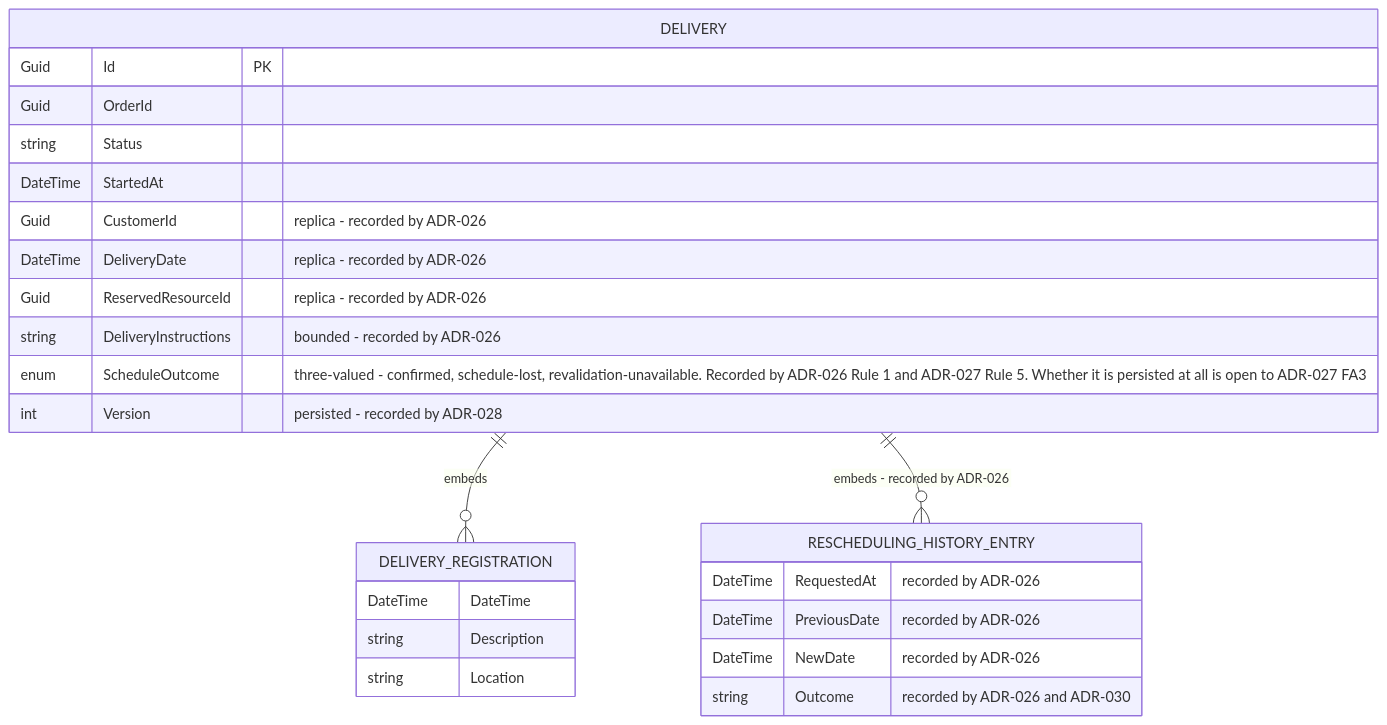
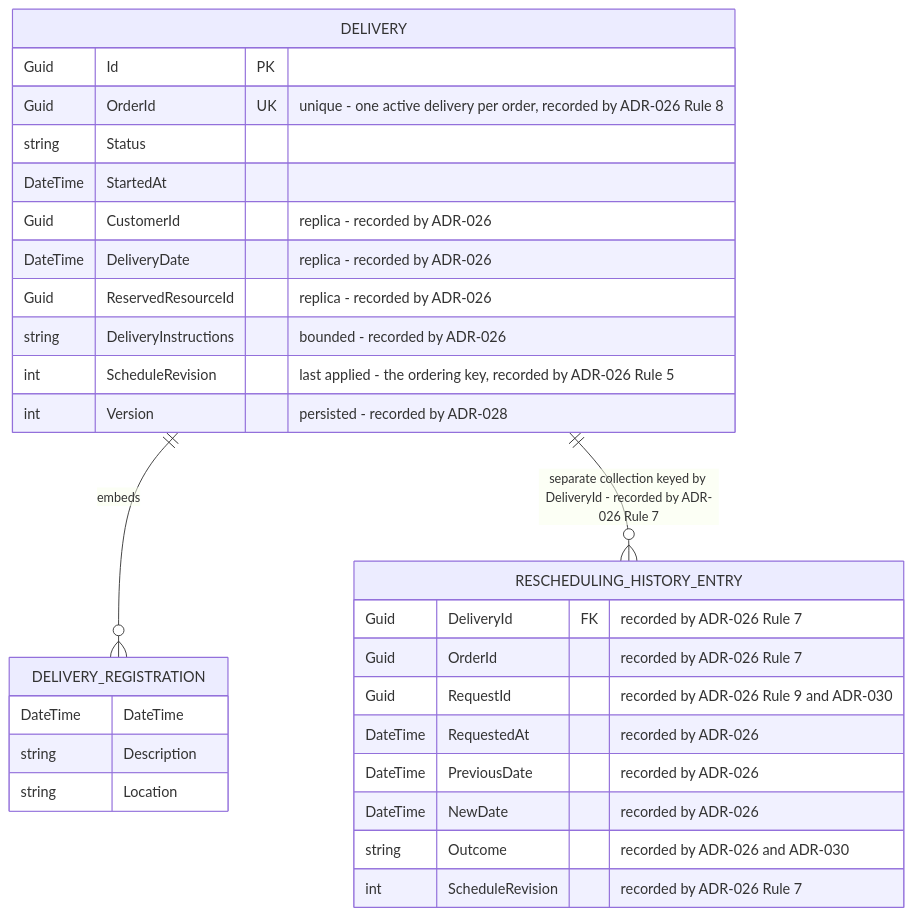
Before and after one commit to hianshul100/Pacco.Context: diagram 24 of 26 in docs/architecture-inventory/architecture-views.md, drawn with Mermaid. The commit also changed other lines of this file and 12 other files, not shown here.

````diff
--- a/docs/architecture-inventory/architecture-views.md
+++ b/docs/architecture-inventory/architecture-views.md
@@ -1405,28 +1516,32 @@
 ```mermaid
 erDiagram
     DELIVERY ||--o{ DELIVERY_REGISTRATION : "embeds"
-    DELIVERY ||--o{ RESCHEDULING_HISTORY_ENTRY : "embeds - recorded by ADR-026"
+    DELIVERY ||--o{ RESCHEDULING_HISTORY_ENTRY : "separate collection keyed by DeliveryId - recorded by ADR-026 Rule 7"
     DELIVERY {
         Guid Id PK
-        Guid OrderId
+        Guid OrderId UK "unique - one active delivery per order, recorded by ADR-026 Rule 8"
         string Status
         DateTime StartedAt
         Guid CustomerId "replica - recorded by ADR-026"
         DateTime DeliveryDate "replica - recorded by ADR-026"
         Guid ReservedResourceId "replica - recorded by ADR-026"
         string DeliveryInstructions "bounded - recorded by ADR-026"
-        enum ScheduleOutcome "three-valued - confirmed, schedule-lost, revalidation-unavailable. Recorded by ADR-026 Rule 1 and ADR-027 Rule 5. Whether it is persisted at all is open to ADR-027 FA3"
+        int ScheduleRevision "last applied - the ordering key, recorded by ADR-026 Rule 5"
         int Version "persisted - recorded by ADR-028"
     }
     DELIVERY_REGISTRATION {
         DateTime DateTime
         string Description
         string Location
     }
     RESCHEDULING_HISTORY_ENTRY {
+        Guid DeliveryId FK "recorded by ADR-026 Rule 7"
+        Guid OrderId "recorded by ADR-026 Rule 7"
+        Guid RequestId "recorded by ADR-026 Rule 9 and ADR-030"
         DateTime RequestedAt "recorded by ADR-026"
         DateTime PreviousDate "recorded by ADR-026"
         DateTime NewDate "recorded by ADR-026"
         string Outcome "recorded by ADR-026 and ADR-030"
+        int ScheduleRevision "recorded by ADR-026 Rule 7"
     }
 ```
````
